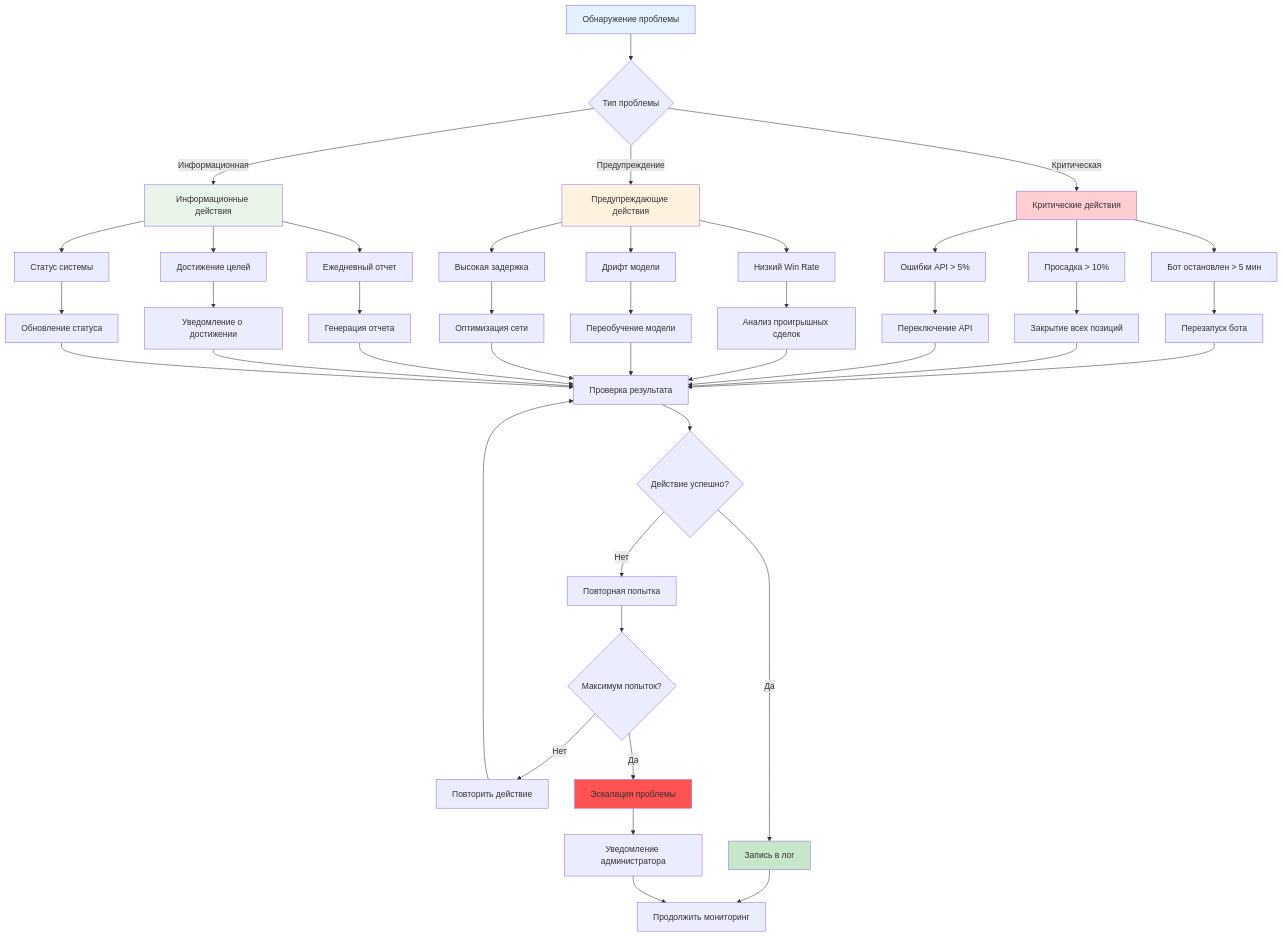
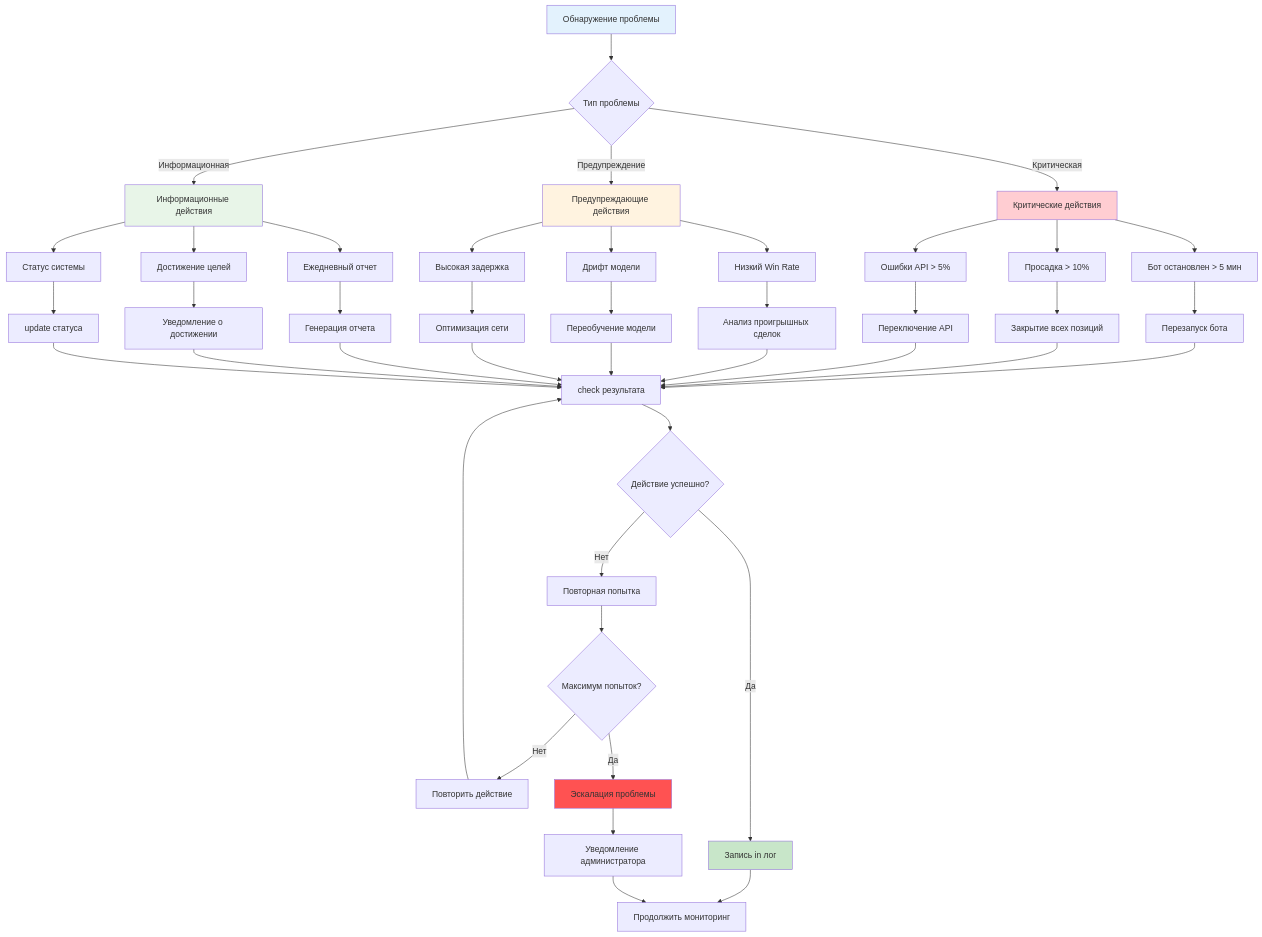
The seventh of 8 diagrams in docs/automl/gluon/27_trading_bot_monitoring.md (NeoZorK/neozork-hld-prediction), drawn with Mermaid before and after one commit. The commit also changed other lines of this file and 19 other files, not shown here.

````diff
--- a/docs/automl/gluon/27_trading_bot_monitoring.md
+++ b/docs/automl/gluon/27_trading_bot_monitoring.md
@@ -2273,63 +2273,63 @@
 ```mermaid
 graph TD
-    A[Обнаружение проблемы] --> B{Тип проблемы}
-    
-    B -->|Критическая| C[Критические действия]
-    B -->|Предупреждение| D[Предупреждающие действия]
-    B -->|Информационная| E[Информационные действия]
-    
-    C --> C1[Бот остановлен > 5 мин]
-    C --> C2[Просадка > 10%]
-    C --> C3[Ошибки API > 5%]
-    
-    D --> D1[Низкий Win Rate]
-    D --> D2[Дрифт модели]
-    D --> D3[Высокая задержка]
-    
-    E --> E1[Ежедневный отчет]
-    E --> E2[Достижение целей]
-    E --> E3[Статус системы]
-    
-    C1 --> F[Перезапуск бота]
-    C2 --> G[Закрытие всех позиций]
-    C3 --> H[Переключение API]
-    
-    D1 --> I[Анализ проигрышных сделок]
-    D2 --> J[Переобучение модели]
-    D3 --> K[Оптимизация сети]
-    
-    E1 --> L[Генерация отчета]
-    E2 --> M[Уведомление о достижении]
-    E3 --> N[Обновление статуса]
-    
-    F --> O[Проверка результата]
-    G --> O
-    H --> O
-    I --> O
-    J --> O
-    K --> O
-    L --> O
-    M --> O
-    N --> O
-    
-    O --> P{Действие успешно?}
-    P -->|Да| Q[Запись в лог]
-    P -->|Нет| R[Повторная попытка]
-    
-    R --> S{Максимум попыток?}
-    S -->|Нет| T[Повторить действие]
-    S -->|Да| U[Эскалация проблемы]
-    
-    T --> O
-    U --> V[Уведомление администратора]
-    
-    Q --> W[Продолжить мониторинг]
-    V --> W
-    
-    style A fill:#e3f2fd
-    style C fill:#ffcdd2
-    style D fill:#fff3e0
-    style E fill:#e8f5e8
-    style Q fill:#c8e6c9
-    style U fill:#ff5252
+ A[Обнаружение проблемы] --> B{Тип проблемы}
+
+ B -->|Критическая| C[Критические действия]
+ B -->|Предупреждение| D[Предупреждающие действия]
+ B -->|Информационная| E[Информационные действия]
+
+ C --> C1[Бот остановлен > 5 мин]
+ C --> C2[Просадка > 10%]
+ C --> C3[Ошибки API > 5%]
+
+ D --> D1[Низкий Win Rate]
+ D --> D2[Дрифт модели]
+ D --> D3[Высокая задержка]
+
+ E --> E1[Ежедневный отчет]
+ E --> E2[Достижение целей]
+ E --> E3[Статус системы]
+
+ C1 --> F[Перезапуск бота]
+ C2 --> G[Закрытие всех позиций]
+ C3 --> H[Переключение API]
+
+ D1 --> I[Анализ проигрышных сделок]
+ D2 --> J[Переобучение модели]
+ D3 --> K[Оптимизация сети]
+
+ E1 --> L[Генерация отчета]
+ E2 --> M[Уведомление о достижении]
+ E3 --> N[update статуса]
+
+ F --> O[check результата]
+ G --> O
+ H --> O
+ I --> O
+ J --> O
+ K --> O
+ L --> O
+ M --> O
+ N --> O
+
+ O --> P{Действие успешно?}
+ P -->|Да| Q[Запись in лог]
+ P -->|Нет| R[Повторная попытка]
+
+ R --> S{Максимум попыток?}
+ S -->|Нет| T[Повторить действие]
+ S -->|Да| U[Эскалация проблемы]
+
+ T --> O
+ U --> V[Уведомление администратора]
+
+ Q --> W[Продолжить мониторинг]
+ V --> W
+
+ style A fill:#e3f2fd
+ style C fill:#ffcdd2
+ style D fill:#fff3e0
+ style E fill:#e8f5e8
+ style Q fill:#c8e6c9
+ style U fill:#ff5252
 ```
````
